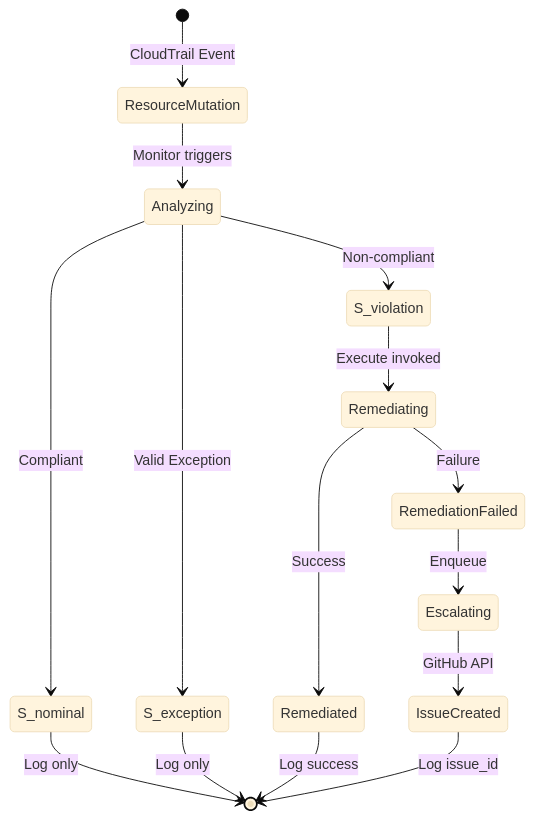
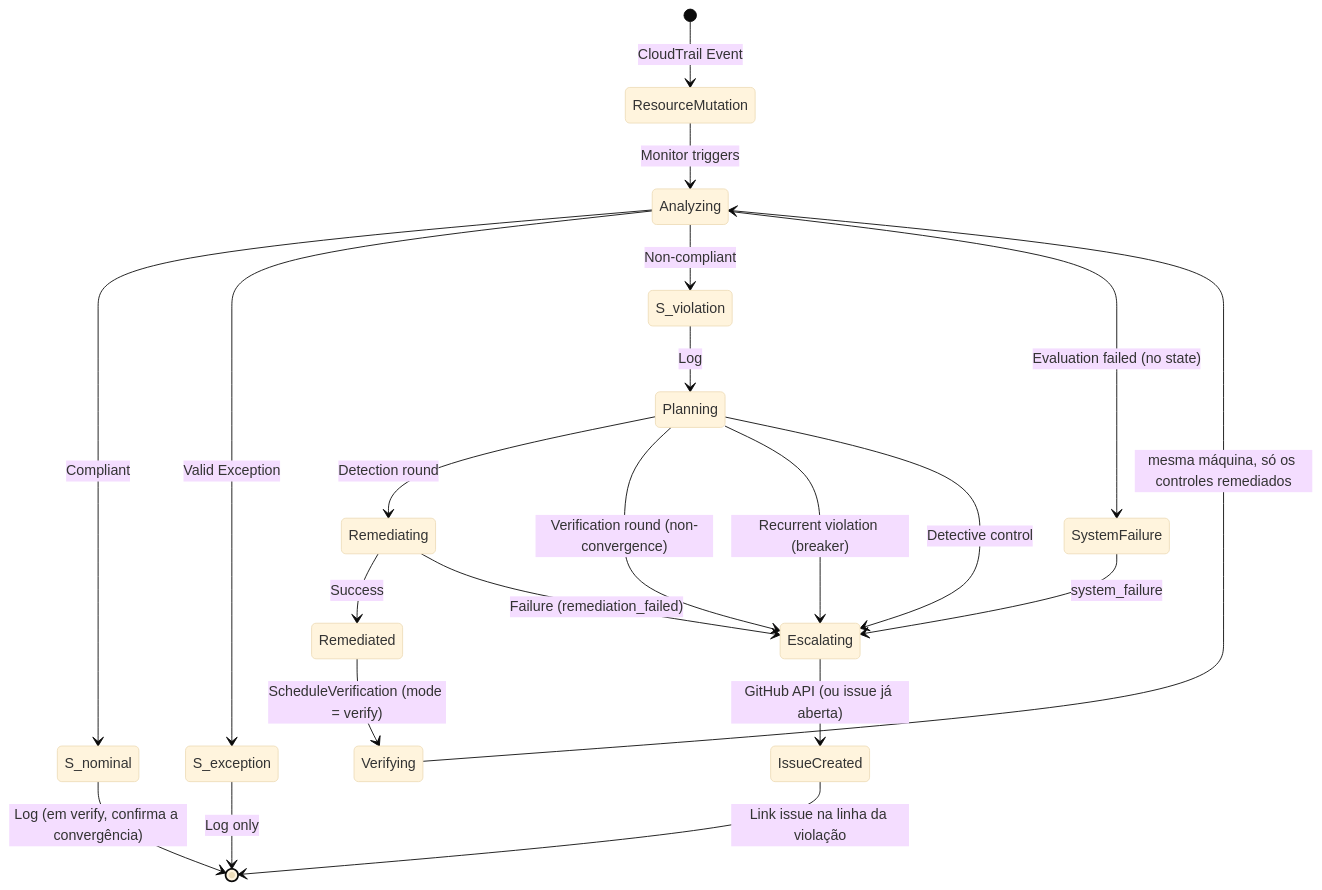
Before and after one commit to ricardoandreh/compliance-loop: the sixth of 6 diagrams in .kiro/specs/mvp-compliance-automation-loop/design.md, drawn with Mermaid (base theme). The commit also changed other lines of this file and 3 other files, not shown here.

````diff
--- a/.kiro/specs/mvp-compliance-automation-loop/design.md
+++ b/.kiro/specs/mvp-compliance-automation-loop/design.md
@@ -1115,20 +1088,27 @@
 ```mermaid
 stateDiagram-v2
     [*] --> ResourceMutation: CloudTrail Event
     ResourceMutation --> Analyzing: Monitor triggers
     Analyzing --> S_nominal: Compliant
     Analyzing --> S_exception: Valid Exception
     Analyzing --> S_violation: Non-compliant
-    
-    S_nominal --> [*]: Log only
+    Analyzing --> SystemFailure: Evaluation failed (no state)
+
+    S_nominal --> [*]: Log (em verify, confirma a convergência)
     S_exception --> [*]: Log only
-    S_violation --> Remediating: Execute invoked
-    
+    S_violation --> Planning: Log
+
+    Planning --> Remediating: Detection round
+    Planning --> Escalating: Verification round (non-convergence)
+    Planning --> Escalating: Recurrent violation (breaker)
+    Planning --> Escalating: Detective control
+
     Remediating --> Remediated: Success
-    Remediating --> RemediationFailed: Failure
-    
-    Remediated --> [*]: Log success
-    RemediationFailed --> Escalating: Enqueue
-    Escalating --> IssueCreated: GitHub API
-    IssueCreated --> [*]: Log issue_id
+    Remediating --> Escalating: Failure (remediation_failed)
+    Remediated --> Verifying: ScheduleVerification (mode = verify)
+    Verifying --> Analyzing: mesma máquina, só os controles remediados
+
+    SystemFailure --> Escalating: system_failure
+    Escalating --> IssueCreated: GitHub API (ou issue já aberta)
+    IssueCreated --> [*]: Link issue na linha da violação
 ```
````
